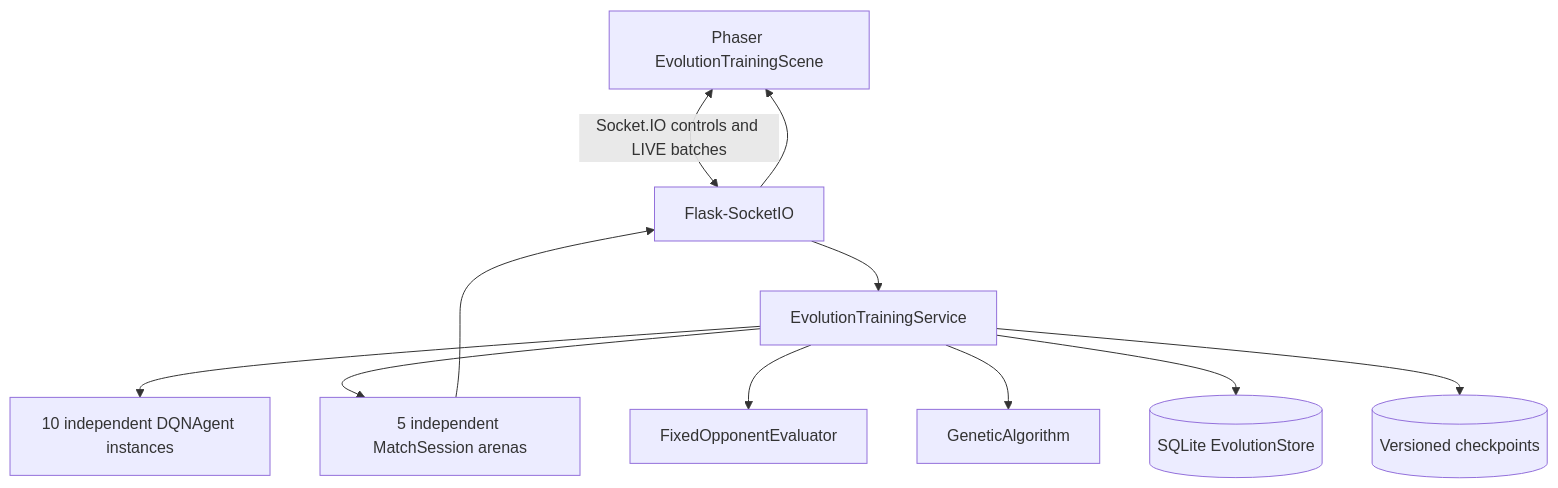
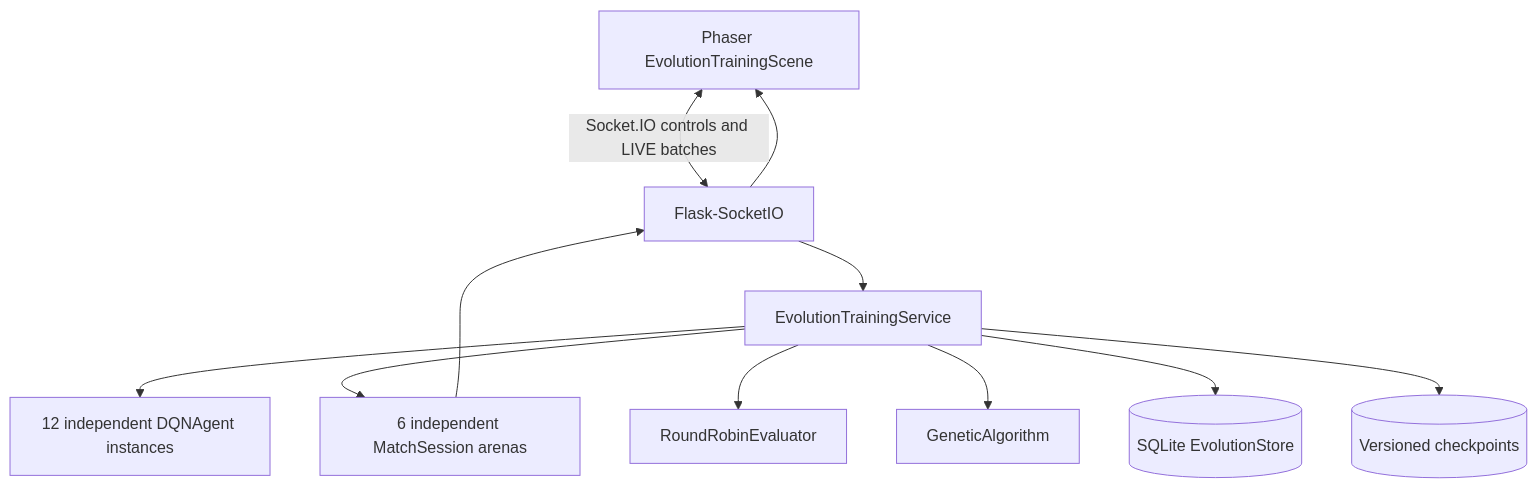
Before and after one commit to Harold2828/ReinforcementLearningPong: the diagram in Docs/technical-documentation/README.md, drawn with Mermaid. The commit also changed other lines of this file and 25 other files, not shown here.

````diff
--- a/Docs/technical-documentation/README.md
+++ b/Docs/technical-documentation/README.md
@@ -13,13 +13,13 @@
 ```mermaid
 flowchart TB
     UI[Phaser EvolutionTrainingScene] <-->|Socket.IO controls and LIVE batches| S[Flask-SocketIO]
     S --> O[EvolutionTrainingService]
-    O --> A[10 independent DQNAgent instances]
-    O --> P[5 independent MatchSession arenas]
-    O --> E[FixedOpponentEvaluator]
+    O --> A[12 independent DQNAgent instances]
+    O --> P[6 independent MatchSession arenas]
+    O --> E[RoundRobinEvaluator]
     O --> G[GeneticAlgorithm]
     O --> DB[(SQLite EvolutionStore)]
     O --> C[(Versioned checkpoints)]
     P --> S
     S --> UI
 ```
````
